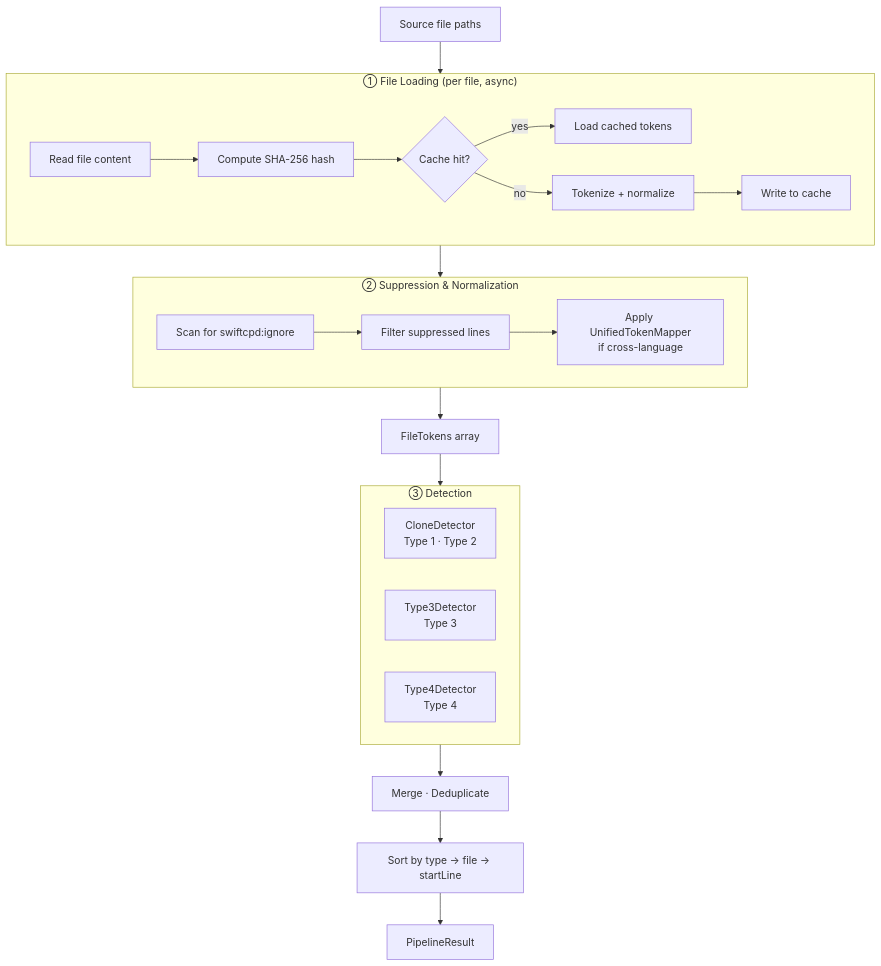
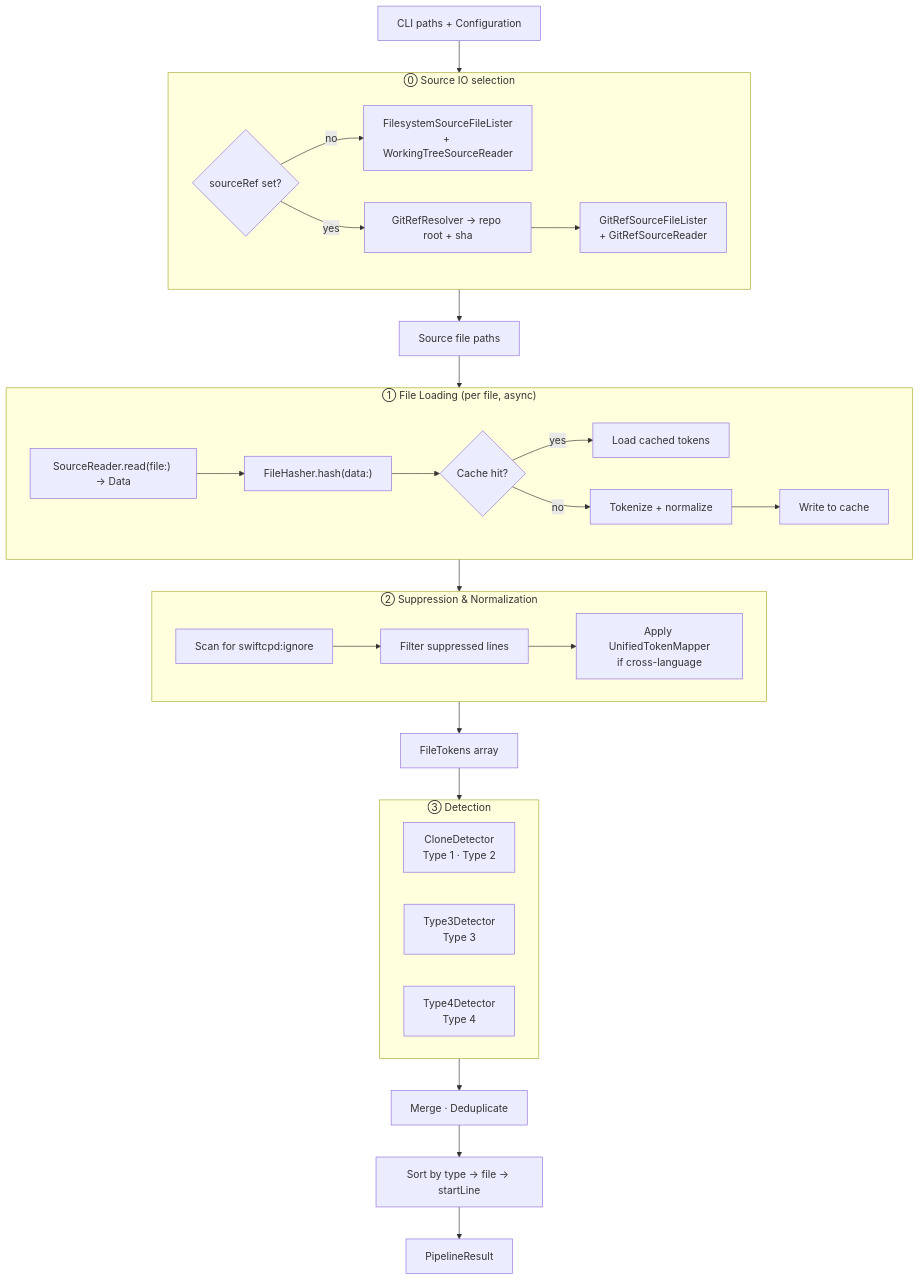
One commit to ericodx/swift-cpd changed the diagram in Docs/Architecture/02-pipeline.md. Above: the diagram before and after it, drawn with Mermaid. The commit also changed other lines of this file, not shown here.

Commit message:
docs: Architecture/02-pipeline.md inserts IO stage

````diff
--- a/Docs/Architecture/02-pipeline.md
+++ b/Docs/Architecture/02-pipeline.md
@@ -11,33 +11,43 @@
 ```mermaid
 flowchart TD
-    A[Source file paths] --> B
+    A["CLI paths + Configuration"] --> SIO
+
+    subgraph SIO["⓪ Source IO selection"]
+        SIO1{sourceRef set?}
+        SIO1 -- no --> SIO2["FilesystemSourceFileLister<br/>+ WorkingTreeSourceReader"]
+        SIO1 -- yes --> SIO3["GitRefResolver → repo root + sha"]
+        SIO3 --> SIO4["GitRefSourceFileLister<br/>+ GitRefSourceReader"]
+    end
+
+    SIO --> A1[Source file paths]
+    A1 --> B
 
     subgraph B["① File Loading (per file, async)"]
-        B1[Read file content] --> B2[Compute SHA-256 hash]
+        B1["SourceReader.read(file:) → Data"] --> B2["FileHasher.hash(data:)"]
         B2 --> B3{Cache hit?}
         B3 -- yes --> B4[Load cached tokens]
         B3 -- no --> B5[Tokenize + normalize]
         B5 --> B6[Write to cache]
     end
 
     B --> C
 
     subgraph C["② Suppression & Normalization"]
         C1[Scan for swiftcpd:ignore] --> C2[Filter suppressed lines]
         C2 --> C3[Apply UnifiedTokenMapper<br/>if cross-language]
     end
 
     C --> D[FileTokens array]
 
     D --> E
 
     subgraph E["③ Detection"]
         E1[CloneDetector<br/>Type 1 · Type 2]
         E2[Type3Detector<br/>Type 3]
         E3[Type4Detector<br/>Type 4]
     end
 
     E --> F[Merge · Deduplicate]
     F --> G["Sort by type → file → startLine"]
     G --> H[PipelineResult]
 ```
````
